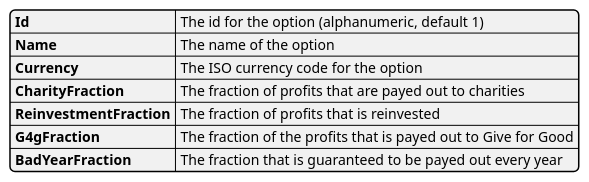
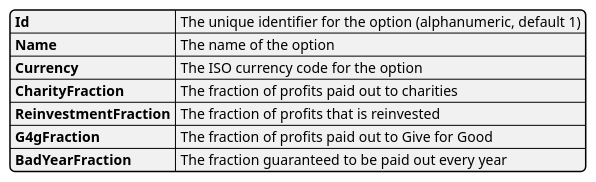
The diagram in wiki/models/options.md (joost-morsink/FF-admin-module), drawn with PlantUML before and after one commit. The commit also changed other lines of this file and 21 other files, not shown here.

Commit message:
Add model documentation [GIVE4GOOD-831]

````diff
--- a/wiki/models/options.md
+++ b/wiki/models/options.md
@@ -11,11 +12,11 @@
 ```plantuml
 @startyaml
-Id: The id for the option (alphanumeric, default 1)
+Id: The unique identifier for the option (alphanumeric, default 1)
 Name: The name of the option
 Currency: The ISO currency code for the option
-CharityFraction: The fraction of profits that are payed out to charities
+CharityFraction: The fraction of profits paid out to charities
 ReinvestmentFraction: The fraction of profits that is reinvested
-G4gFraction: The fraction of the profits that is payed out to Give for Good
-BadYearFraction: The fraction that is guaranteed to be payed out every year
+G4gFraction: The fraction of profits paid out to Give for Good
+BadYearFraction: The fraction guaranteed to be paid out every year
 @endyaml
 ```
````
